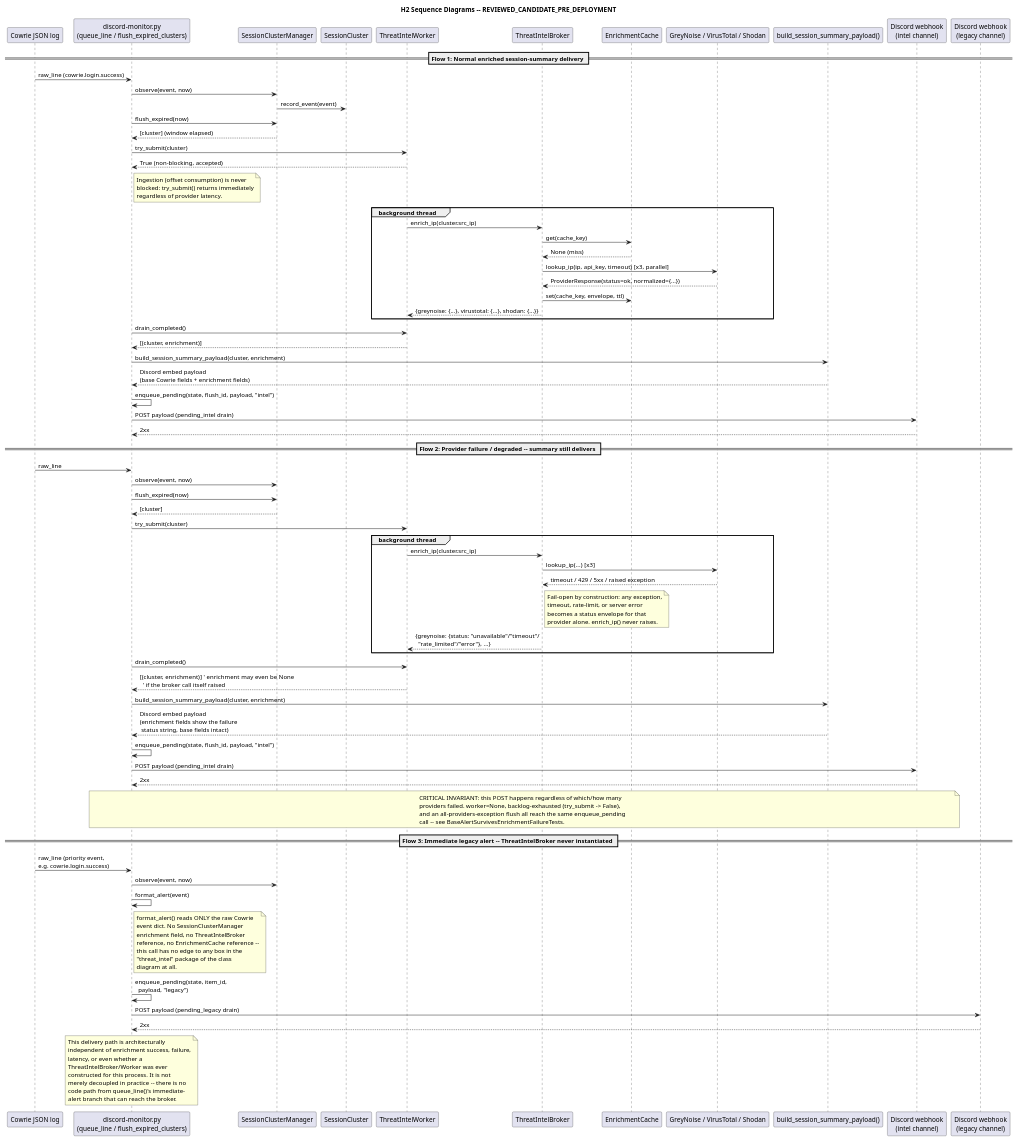
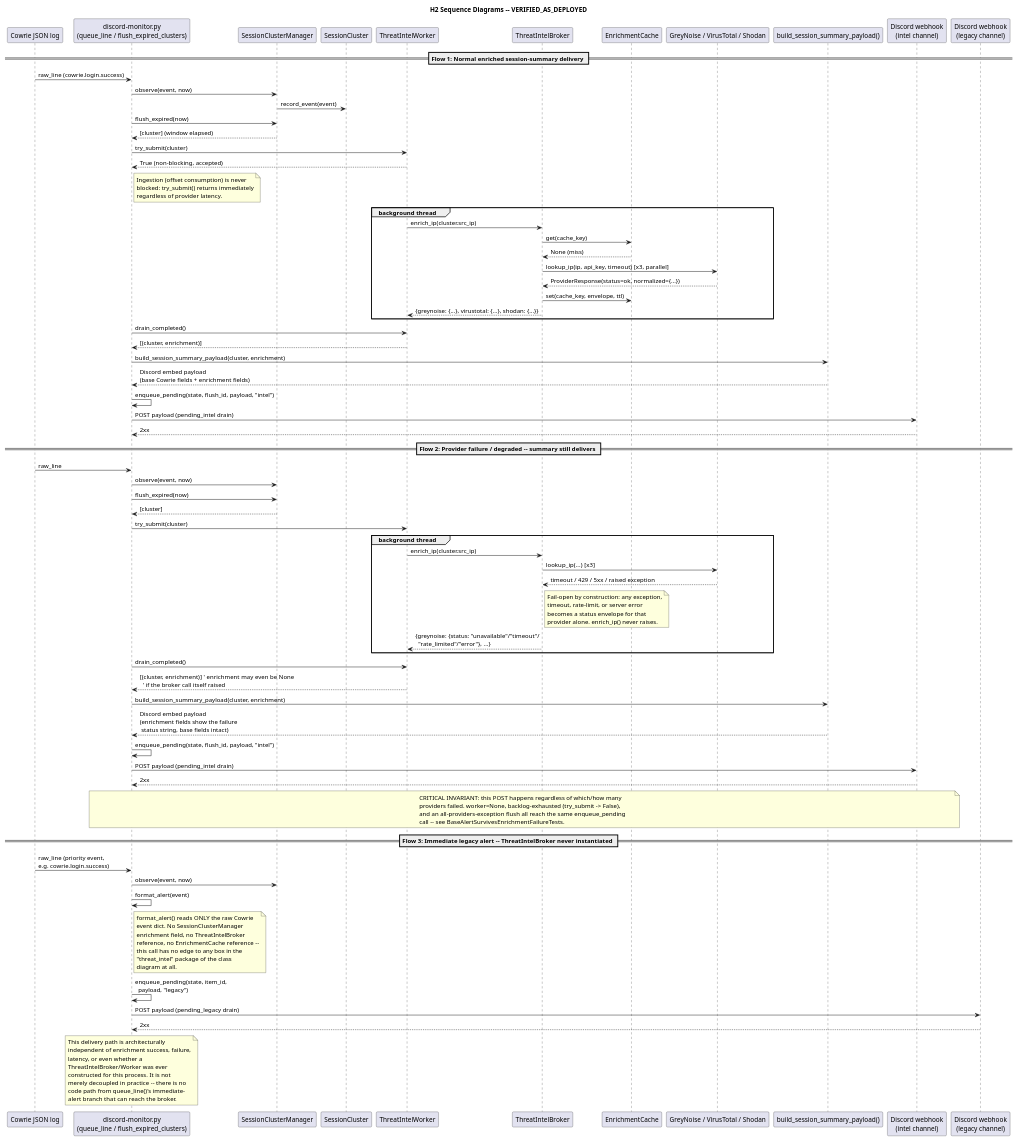
The diagram in docs/diagrams/h2-sequence-VERIFIED_AS_DEPLOYED.puml (DadOpsMateoMaddox/Swarm-Kill-Chain-Medium_Interaction_CowriePot_Control_Deployment), drawn with PlantUML before and after one commit. The commit also changed 7 other files, not shown here.

First line of the commit message:
docs(diagrams): add P0 fault-point + deception-filesystem diagrams, annotate H2

```diff
--- a/docs/diagrams/h2-sequence-VERIFIED_AS_DEPLOYED.puml
+++ b/docs/diagrams/h2-sequence-VERIFIED_AS_DEPLOYED.puml
@@ -1,144 +1,164 @@
 @startuml h2-sequence-VERIFIED_AS_DEPLOYED
 ' =============================================================================
 ' STATUS: VERIFIED_AS_DEPLOYED
 ' Same provenance as the companion class diagram
 ' (h2-class-VERIFIED_AS_DEPLOYED.puml) -- confirmed on the live host, not
 ' assumed. No architectural delta from REVIEWED_CANDIDATE_PRE_DEPLOYMENT.
 '
 ' Flow 1 (normal enriched delivery) is deployed and code-verified via a
 ' controlled fixture on the real host, but full live confirmation is
 ' currently blocked on a credential-provisioning gap, not a code or
 ' deployment defect: the intel webhook and all three provider API-key SSM
 ' parameters do not yet exist (confirmed via ssm:DescribeParameters).
 '
 ' Flow 2 (provider failure/degraded) is the flow actually exercised live at
 ' H2_T0: with every provider credential absent, ThreatIntelBroker.enrich_ip
 ' returned {status: missing_credential} for greynoise/virustotal/shodan
 ' (fail-open, no exception), build_session_summary_payload still produced a
 ' valid, deliverable embed, and CredentialCache.get() for the intel webhook
 ' itself also correctly returned None -- delivery skipped with a logged
 ' warning (credential_unavailable), never a crash. This is the same
 ' fail-open contract test_h2_enrichment_pipeline.py already proved offline,
 ' now independently reproduced on the deployed bytes.
 '
 ' Flow 3 (immediate legacy alert, no broker edge) is independently confirmed
 ' live: the real process's own ops log shows delivery_success entries for
 ' the legacy channel both before and after H2_T0 (credential_available for
 ' /patriotpot/2026-control/discord-webhook), continuing uninterrupted
 ' through the H2 restart -- exactly the architectural independence this
 ' flow exists to show.
 ' =============================================================================
 
-title H2 Sequence Diagrams -- REVIEWED_CANDIDATE_PRE_DEPLOYMENT
+' ---------------------------------------------------------------------------
+' UPSTREAM DEPENDENCY NOTICE (added 2026-09-23, after P0 recovery)
+'
+' This diagram depicts what happens to Cowrie telemetry ONCE IT EXISTS. It
+' does not depict whether it exists. That is the Cowrie session lifecycle,
+' documented separately in:
+'     docs/diagrams/cowrie-session-lifecycle-P0-FAULT-POINTS.puml
+'
+' RESEARCH-INTEGRITY NOTE: when H2 was validated and closed on 2026-09-20,
+' three upstream defects (evidence/2026-09-23-p0-recovery/) were silently
+' preventing Cowrie from emitting cowrie.command.input at all -- 16,070
+' successful logins produced zero commands. H2's own validation used
+' synthetic fixtures replayed directly through the deployed code path, so
+' those results remain valid for the pipeline itself. But H2's REAL-WORLD
+' input was empty during that window. Any analysis of live enrichment
+' output before 2026-09-23 must account for that, and no conclusion about
+' attacker behaviour may be drawn from the absence of enriched session
+' summaries in that period.
+' ---------------------------------------------------------------------------
+
+title H2 Sequence Diagrams -- VERIFIED_AS_DEPLOYED
 
 == Flow 1: Normal enriched session-summary delivery ==
 
 participant "Cowrie JSON log" as Log
 participant "discord-monitor.py\n(queue_line / flush_expired_clusters)" as Main
 participant "SessionClusterManager" as ClusterMgr
 participant "SessionCluster" as Cluster
 participant "ThreatIntelWorker" as Worker
 participant "ThreatIntelBroker" as Broker
 participant "EnrichmentCache" as Cache
 participant "GreyNoise / VirusTotal / Shodan" as Providers
 participant "build_session_summary_payload()" as Builder
 participant "Discord webhook\n(intel channel)" as Webhook
 
 Log -> Main : raw_line (cowrie.login.success)
 Main -> ClusterMgr : observe(event, now)
 ClusterMgr -> Cluster : record_event(event)
 Main -> ClusterMgr : flush_expired(now)
 ClusterMgr --> Main : [cluster] (window elapsed)
 Main -> Worker : try_submit(cluster)
 Worker --> Main : True (non-blocking, accepted)
 note right of Main
   Ingestion (offset consumption) is never
   blocked: try_submit() returns immediately
   regardless of provider latency.
 end note
 
 group background thread
   Worker -> Broker : enrich_ip(cluster.src_ip)
   Broker -> Cache : get(cache_key)
   Cache --> Broker : None (miss)
   Broker -> Providers : lookup_ip(ip, api_key, timeout)  [x3, parallel]
   Providers --> Broker : ProviderResponse(status=ok, normalized={...})
   Broker -> Cache : set(cache_key, envelope, ttl)
   Broker --> Worker : {greynoise: {...}, virustotal: {...}, shodan: {...}}
 end
 
 Main -> Worker : drain_completed()
 Worker --> Main : [(cluster, enrichment)]
 Main -> Builder : build_session_summary_payload(cluster, enrichment)
 Builder --> Main : Discord embed payload\n(base Cowrie fields + enrichment fields)
 Main -> Main : enqueue_pending(state, flush_id, payload, "intel")
 Main -> Webhook : POST payload (pending_intel drain)
 Webhook --> Main : 2xx
 
 == Flow 2: Provider failure / degraded -- summary still delivers ==
 
 Log -> Main : raw_line
 Main -> ClusterMgr : observe(event, now)
 Main -> ClusterMgr : flush_expired(now)
 ClusterMgr --> Main : [cluster]
 Main -> Worker : try_submit(cluster)
 
 group background thread
   Worker -> Broker : enrich_ip(cluster.src_ip)
   Broker -> Providers : lookup_ip(...)  [x3]
   Providers --> Broker : timeout / 429 / 5xx / raised exception
   note right of Broker
     Fail-open by construction: any exception,
     timeout, rate-limit, or server error
     becomes a status envelope for that
     provider alone. enrich_ip() never raises.
   end note
   Broker --> Worker : {greynoise: {status: "unavailable"/"timeout"/\n  "rate_limited"/"error"}, ...}
 end
 
 Main -> Worker : drain_completed()
 Worker --> Main : [(cluster, enrichment)]  ' enrichment may even be None\n  ' if the broker call itself raised
 Main -> Builder : build_session_summary_payload(cluster, enrichment)
 Builder --> Main : Discord embed payload\n(enrichment fields show the failure\n status string, base fields intact)
 Main -> Main : enqueue_pending(state, flush_id, payload, "intel")
 Main -> Webhook : POST payload (pending_intel drain)
 Webhook --> Main : 2xx
 
 note over Main, Webhook
   CRITICAL INVARIANT: this POST happens regardless of which/how many
   providers failed. worker=None, backlog-exhausted (try_submit -> False),
   and an all-providers-exception flush all reach the same enqueue_pending
   call -- see BaseAlertSurvivesEnrichmentFailureTests.
 end note
 
 == Flow 3: Immediate legacy alert -- ThreatIntelBroker never instantiated ==
 
 Log -> Main : raw_line (priority event,\ne.g. cowrie.login.success)
 Main -> ClusterMgr : observe(event, now)
 Main -> Main : format_alert(event)
 note right of Main
   format_alert() reads ONLY the raw Cowrie
   event dict. No SessionClusterManager
   enrichment field, no ThreatIntelBroker
   reference, no EnrichmentCache reference --
   this call has no edge to any box in the
   "threat_intel" package of the class
   diagram at all.
 end note
 Main -> Main : enqueue_pending(state, item_id,\n  payload, "legacy")
 participant "Discord webhook\n(legacy channel)" as LegacyWebhook
 Main -> LegacyWebhook : POST payload (pending_legacy drain)
 LegacyWebhook --> Main : 2xx
 
 note over Main
   This delivery path is architecturally
   independent of enrichment success, failure,
   latency, or even whether a
   ThreatIntelBroker/Worker was ever
   constructed for this process. It is not
   merely decoupled in practice -- there is no
   code path from queue_line()'s immediate-
   alert branch that can reach the broker.
 end note
 
 @enduml
```
